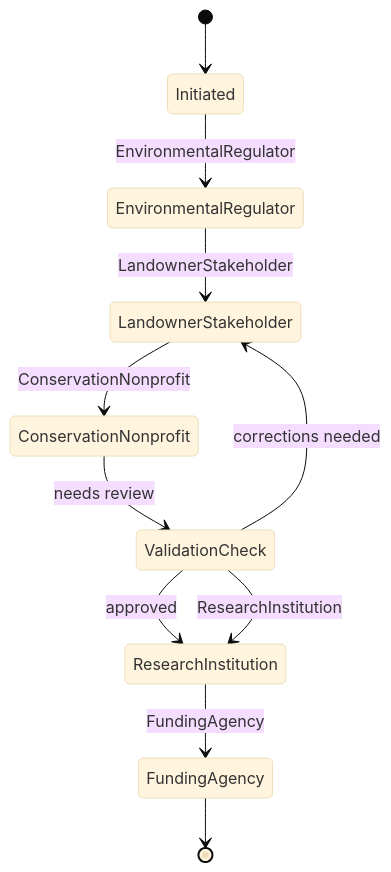
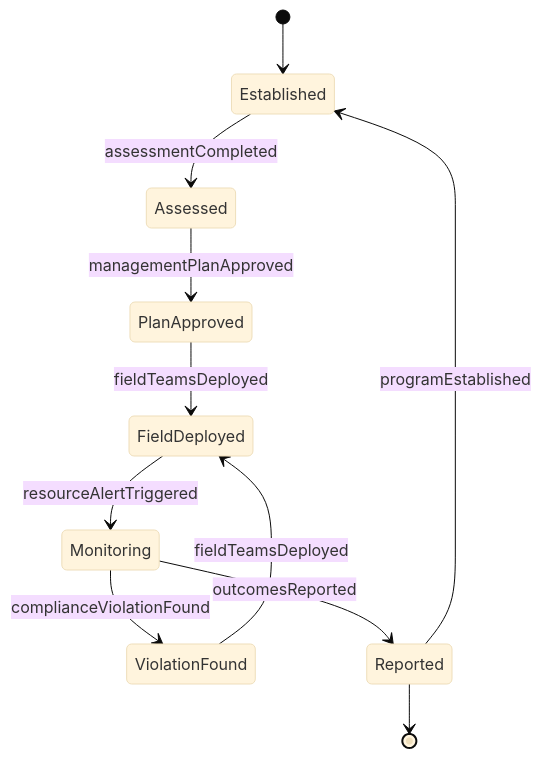
The second of 4 diagrams in GuidingDirectingAndMotivatingSubordinates/DirectScientificOrTechnicalActivities/DirectNaturalResourcesManagementConservation.mdx (dot-org-ai/tasks.org.ai), drawn with Mermaid (base theme) before and after one commit. The commit also changed other lines of this file and 515 other files, not shown here.

````diff
--- a/GuidingDirectingAndMotivatingSubordinates/DirectScientificOrTechnicalActivities/DirectNaturalResourcesManagementConservation.mdx
+++ b/GuidingDirectingAndMotivatingSubordinates/DirectScientificOrTechnicalActivities/DirectNaturalResourcesManagementConservation.mdx
@@ -100,13 +100,13 @@
 ```mermaid
 stateDiagram-v2
-    [*] --> Initiated
-    Initiated --> EnvironmentalRegulator: EnvironmentalRegulator
-    EnvironmentalRegulator --> LandownerStakeholder: LandownerStakeholder
-    LandownerStakeholder --> ConservationNonprofit: ConservationNonprofit
-    ConservationNonprofit --> ValidationCheck: needs review
-    ValidationCheck --> LandownerStakeholder: corrections needed
-    ValidationCheck --> ResearchInstitution: approved
-    ValidationCheck --> ResearchInstitution: ResearchInstitution
-    ResearchInstitution --> FundingAgency: FundingAgency
-    FundingAgency --> [*]
+    [*] --> Established
+    Established --> Assessed : assessmentCompleted
+    Assessed --> PlanApproved : managementPlanApproved
+    PlanApproved --> FieldDeployed : fieldTeamsDeployed
+    FieldDeployed --> Monitoring : resourceAlertTriggered
+    Monitoring --> ViolationFound : complianceViolationFound
+    ViolationFound --> FieldDeployed : fieldTeamsDeployed
+    Monitoring --> Reported : outcomesReported
+    Reported --> Established : programEstablished
+    Reported --> [*]
 ```
````
